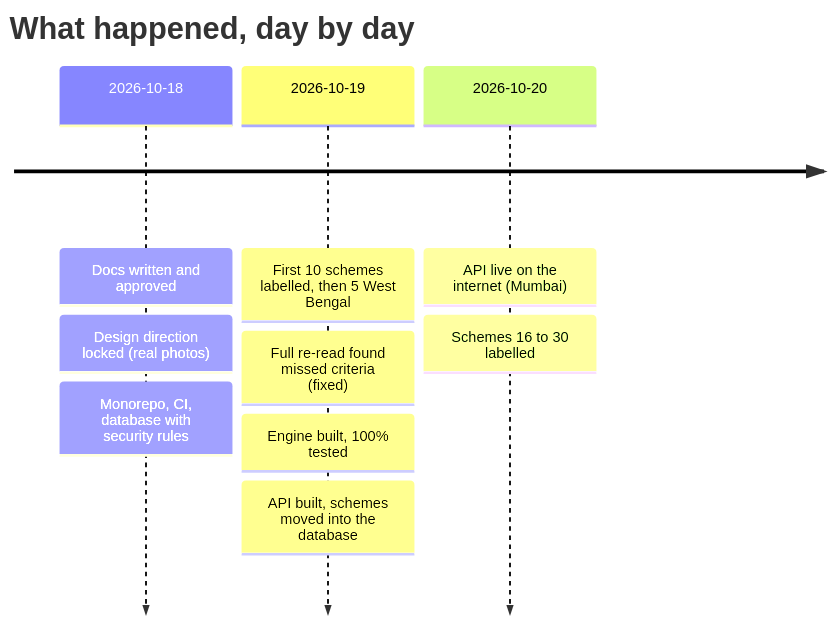
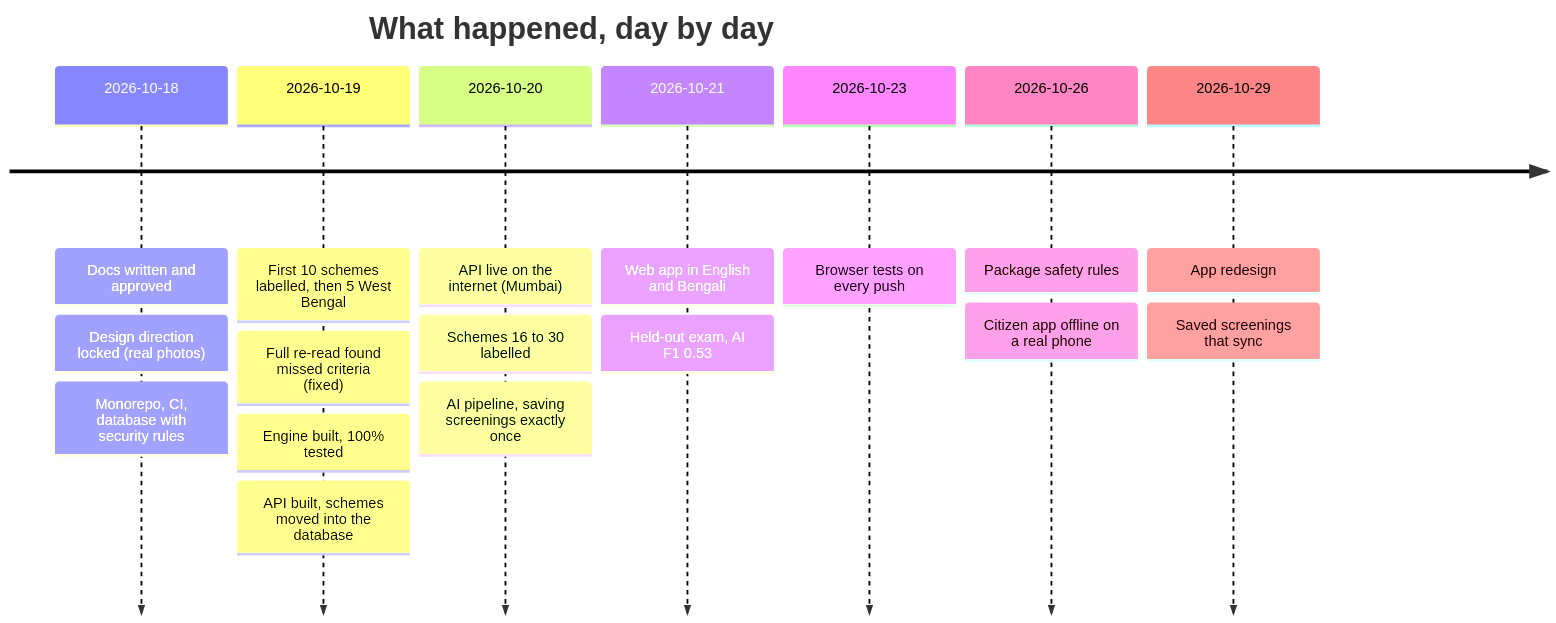
The third of 10 diagrams in docs/STORY.md (Zakuroooo/SchemeMatch), drawn with Mermaid before and after one commit. The commit also changed other lines of this file and 3 other files, not shown here.

Commit message:
docs: saved screenings in PROGRESS step 20, STORY chapter 16, privacy and sync diagrams; fix stale status lines

````diff
--- a/docs/STORY.md
+++ b/docs/STORY.md
@@ -149,13 +149,21 @@
 ```mermaid
 timeline
     title What happened, day by day
     2026-10-18 : Docs written and approved
                : Design direction locked (real photos)
                : Monorepo, CI, database with security rules
     2026-10-19 : First 10 schemes labelled, then 5 West Bengal
                : Full re-read found missed criteria (fixed)
                : Engine built, 100% tested
                : API built, schemes moved into the database
     2026-10-20 : API live on the internet (Mumbai)
                : Schemes 16 to 30 labelled
+               : AI pipeline, saving screenings exactly once
+    2026-10-21 : Web app in English and Bengali
+               : Held-out exam, AI F1 0.53
+    2026-10-23 : Browser tests on every push
+    2026-10-26 : Package safety rules
+               : Citizen app offline on a real phone
+    2026-10-29 : App redesign
+               : Saved screenings that sync
 ```
````
